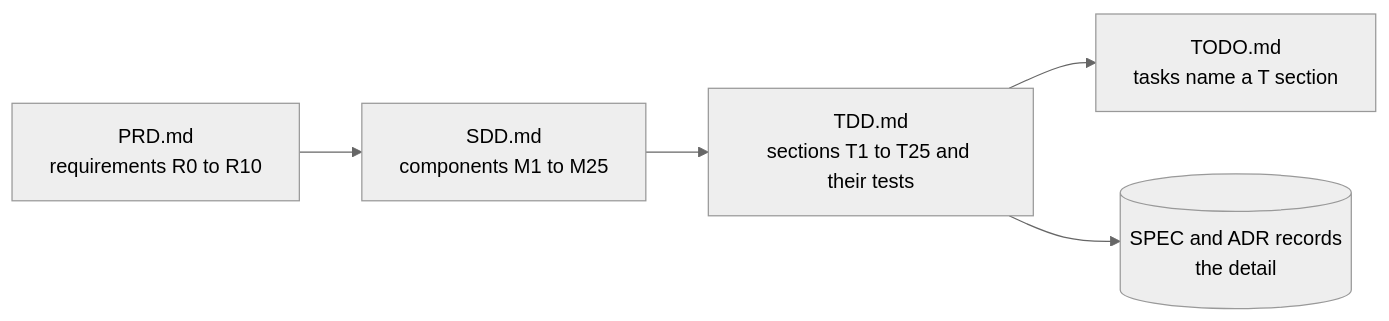
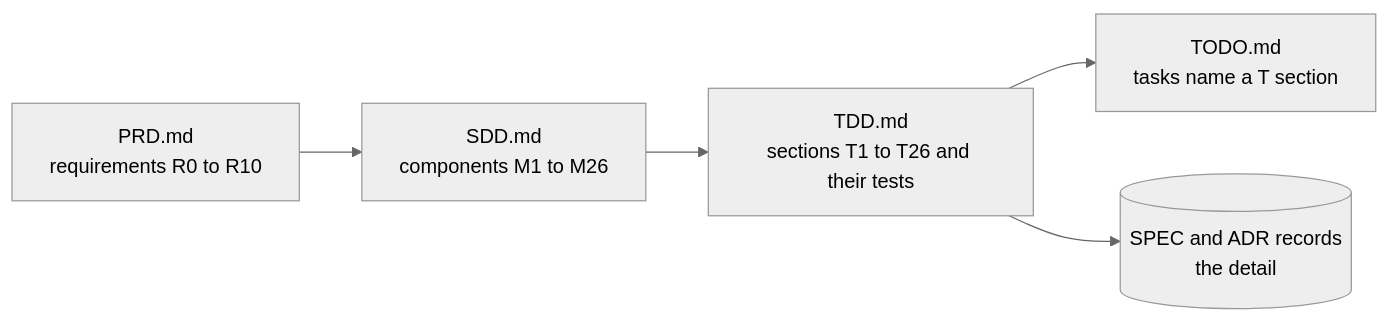
One commit to kesokaj/fyr changed the fourth of 4 diagrams in README.md. Above: the diagram before and after it, drawn with Mermaid (neutral theme). The commit also changed other lines of this file and 15 other files, not shown here.

````diff
--- a/README.md
+++ b/README.md
@@ -374,7 +375,7 @@
 ```mermaid
 flowchart LR
-  prd["PRD.md\nrequirements R0 to R10"] --> sdd["SDD.md\ncomponents M1 to M25"]
-  sdd --> tdd["TDD.md\nsections T1 to T25 and their tests"]
+  prd["PRD.md\nrequirements R0 to R10"] --> sdd["SDD.md\ncomponents M1 to M26"]
+  sdd --> tdd["TDD.md\nsections T1 to T26 and their tests"]
   tdd --> todo["TODO.md\ntasks name a T section"]
   tdd --> records[("SPEC and ADR records\nthe detail")]
 ```
````
